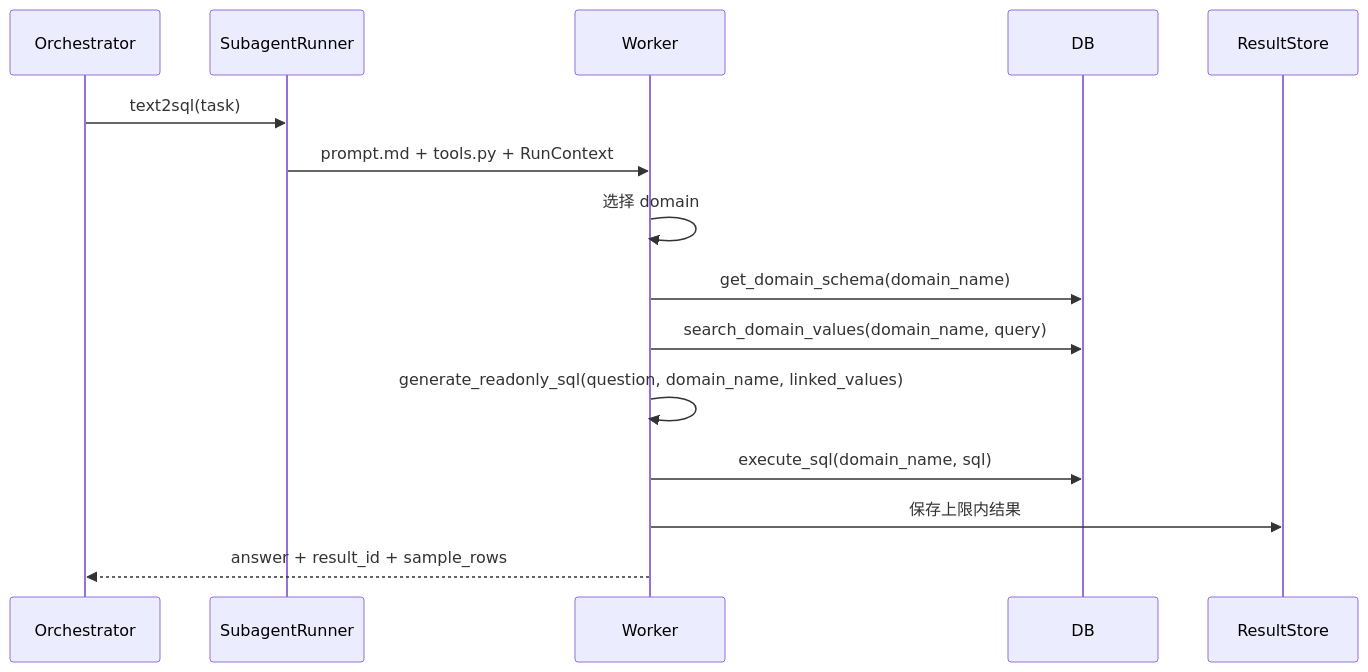
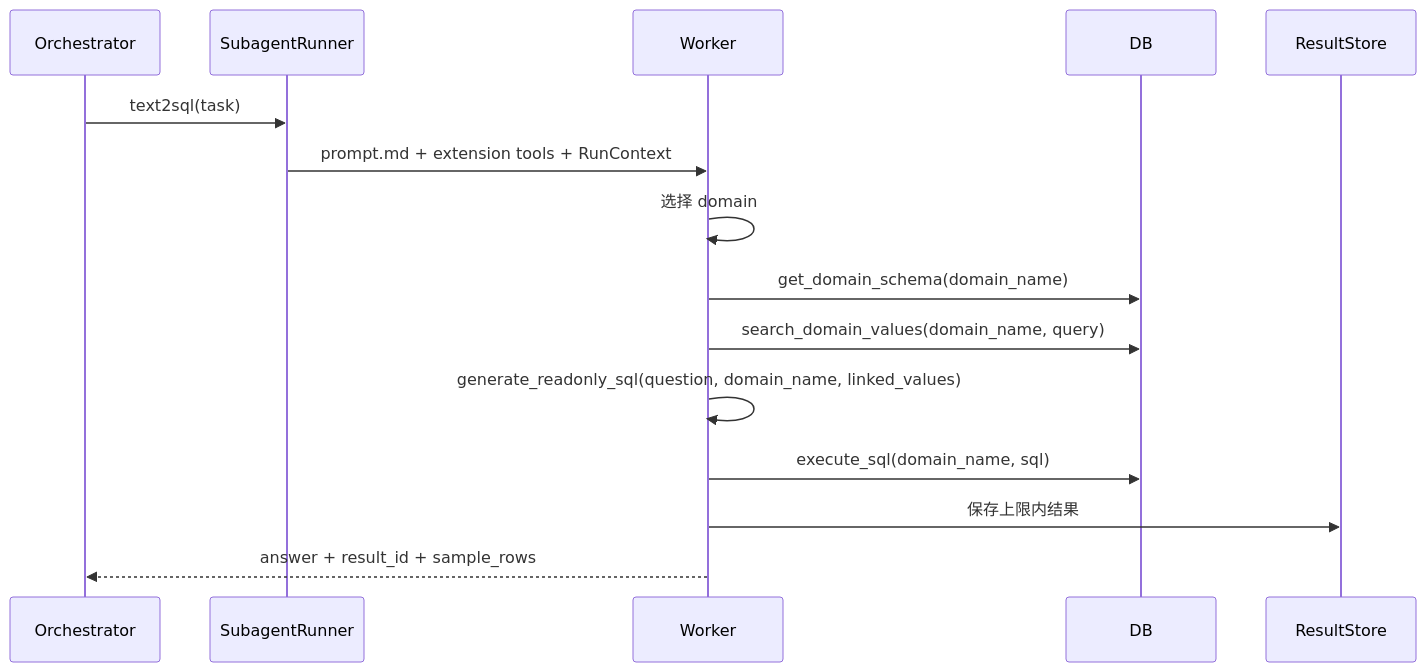
Before and after one commit to chick26/agentweave: the diagram in docs/architecture/05-text2sql-subagent.md, drawn with Mermaid. The commit also changed other lines of this file and 74 other files, not shown here.

````diff
--- a/docs/architecture/05-text2sql-subagent.md
+++ b/docs/architecture/05-text2sql-subagent.md
@@ -11,12 +11,12 @@
 ```mermaid
 sequenceDiagram
     Orchestrator->>SubagentRunner: text2sql(task)
-    SubagentRunner->>Worker: prompt.md + tools.py + RunContext
+    SubagentRunner->>Worker: prompt.md + extension tools + RunContext
     Worker->>Worker: 选择 domain
     Worker->>DB: get_domain_schema(domain_name)
     Worker->>DB: search_domain_values(domain_name, query)
     Worker->>Worker: generate_readonly_sql(question, domain_name, linked_values)
     Worker->>DB: execute_sql(domain_name, sql)
     Worker->>ResultStore: 保存上限内结果
     Worker-->>Orchestrator: answer + result_id + sample_rows
 ```
````
